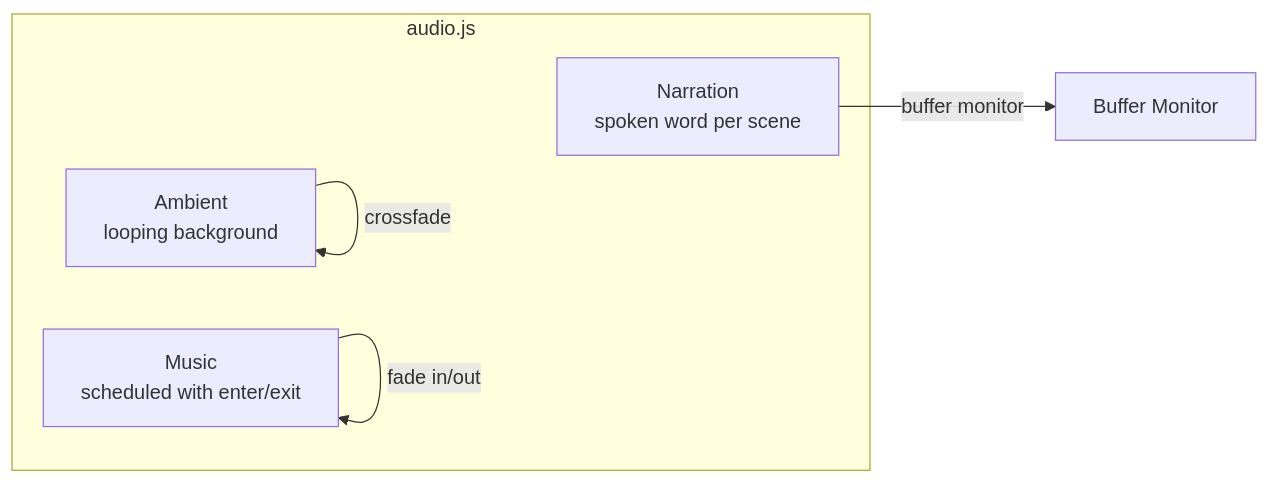
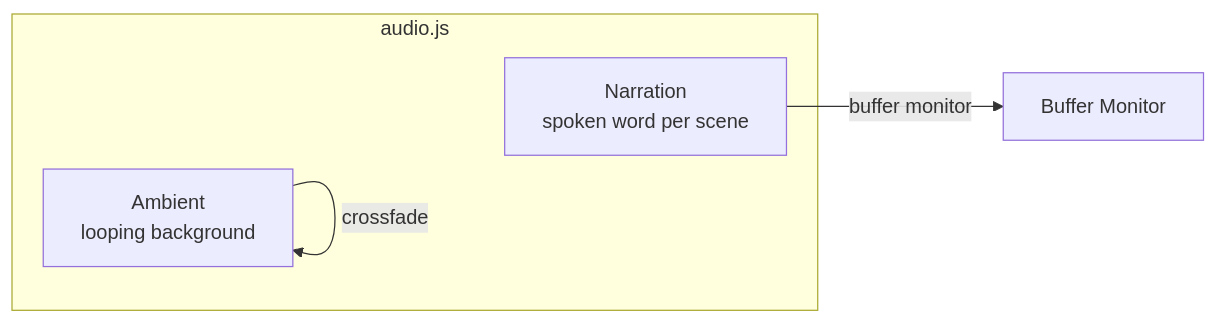
Before and after one commit to anchildress1/carbon-trace: the first of 4 diagrams in docs/audio-system.md, drawn with Mermaid. The commit also changed other lines of this file and 4 other files, not shown here.

````diff
--- a/docs/audio-system.md
+++ b/docs/audio-system.md
@@ -5,12 +7,10 @@
 ```mermaid
 graph LR
     subgraph audio.js
         A[Ambient<br/>looping background]
         N[Narration<br/>spoken word per scene]
-        M[Music<br/>scheduled with enter/exit]
     end
 
     A -->|crossfade| A
     N -->|buffer monitor| BM[Buffer Monitor]
-    M -->|fade in/out| M
 ```
````
